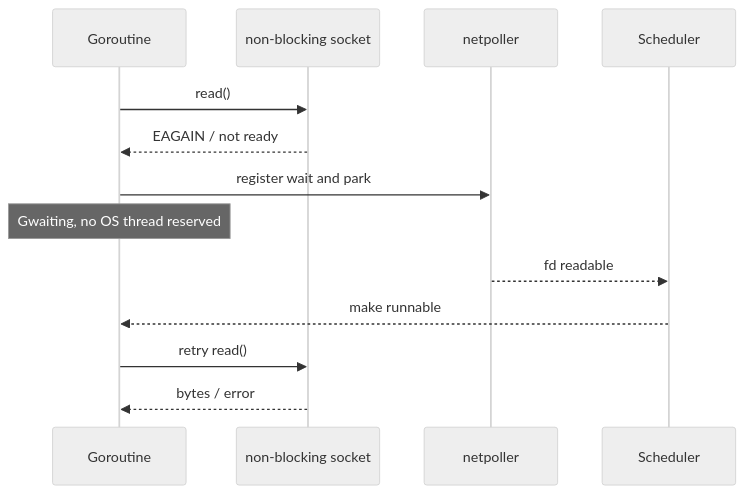
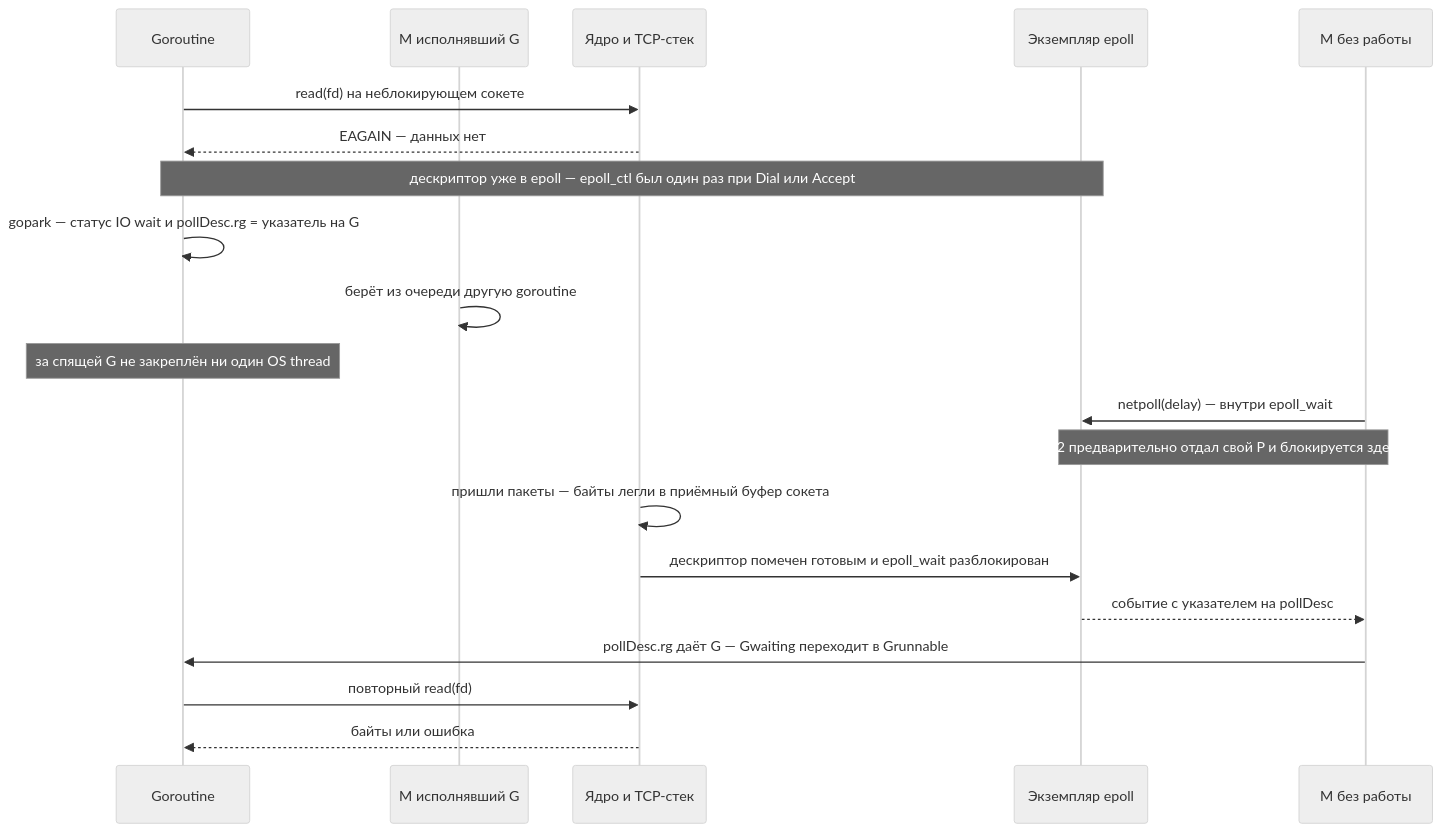
The diagram in docs/senior-golang-study/01-go-core/runtime-scheduler/03-netpoller.md (fev0ks/LearnGoLang), drawn with Mermaid (neutral theme) before and after one commit. The commit also changed other lines of this file and 4 other files, not shown here.

````diff
--- a/docs/senior-golang-study/01-go-core/runtime-scheduler/03-netpoller.md
+++ b/docs/senior-golang-study/01-go-core/runtime-scheduler/03-netpoller.md
@@ -29,16 +57,24 @@
 ```mermaid
 sequenceDiagram
     participant G as Goroutine
-    participant FD as non-blocking socket
-    participant NP as netpoller
-    participant S as Scheduler
+    participant M1 as M исполнявший G
+    participant K as Ядро и TCP-стек
+    participant EP as Экземпляр epoll
+    participant M2 as M без работы
 
-    G->>FD: read()
-    FD-->>G: EAGAIN / not ready
-    G->>NP: register wait and park
-    Note over G: Gwaiting, no OS thread reserved
-    NP-->>S: fd readable
-    S-->>G: make runnable
-    G->>FD: retry read()
-    FD-->>G: bytes / error
+    G->>K: read(fd) на неблокирующем сокете
+    K-->>G: EAGAIN — данных нет
+    Note over G,EP: дескриптор уже в epoll — epoll_ctl был один раз при Dial или Accept
+    G->>G: gopark — статус IO wait и pollDesc.rg = указатель на G
+    M1->>M1: берёт из очереди другую goroutine
+    Note over G: за спящей G не закреплён ни один OS thread
+
+    M2->>EP: netpoll(delay) — внутри epoll_wait
+    Note over M2,EP: M2 предварительно отдал свой P и блокируется здесь
+    K->>K: пришли пакеты — байты легли в приёмный буфер сокета
+    K->>EP: дескриптор помечен готовым и epoll_wait разблокирован
+    EP-->>M2: событие с указателем на pollDesc
+    M2->>G: pollDesc.rg даёт G — Gwaiting переходит в Grunnable
+    G->>K: повторный read(fd)
+    K-->>G: байты или ошибка
 ```
````
